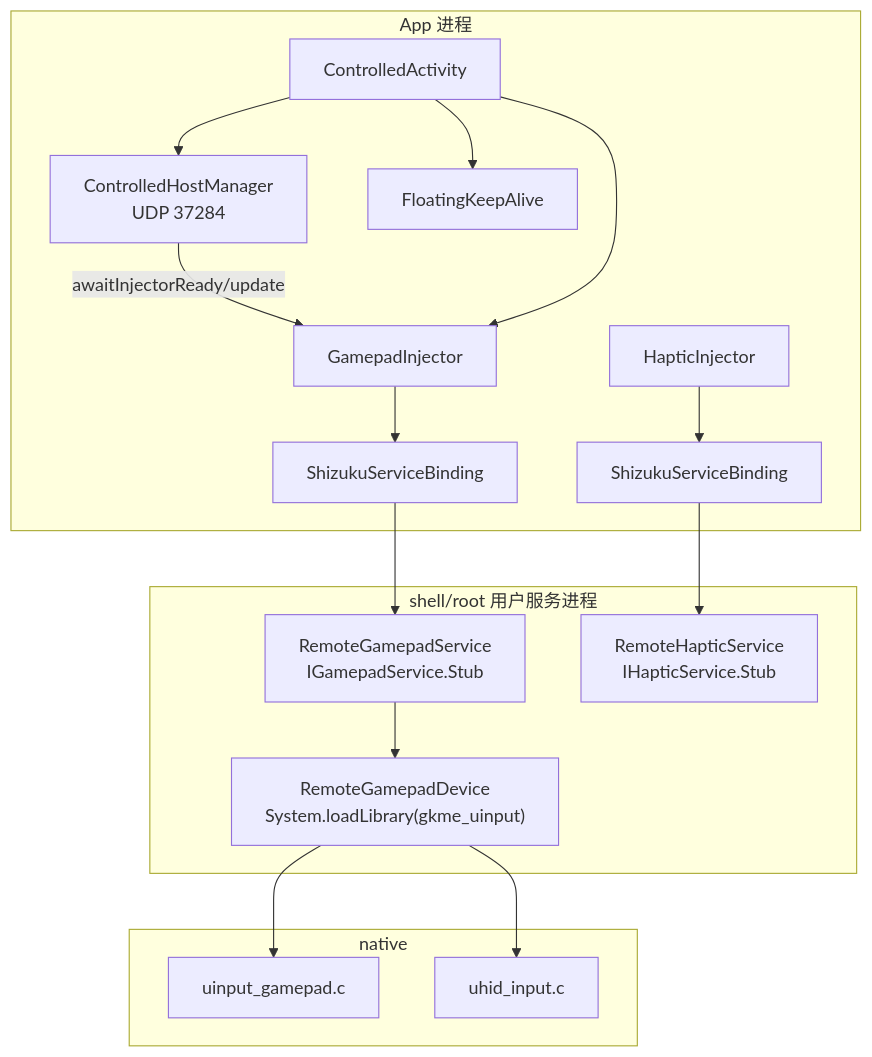
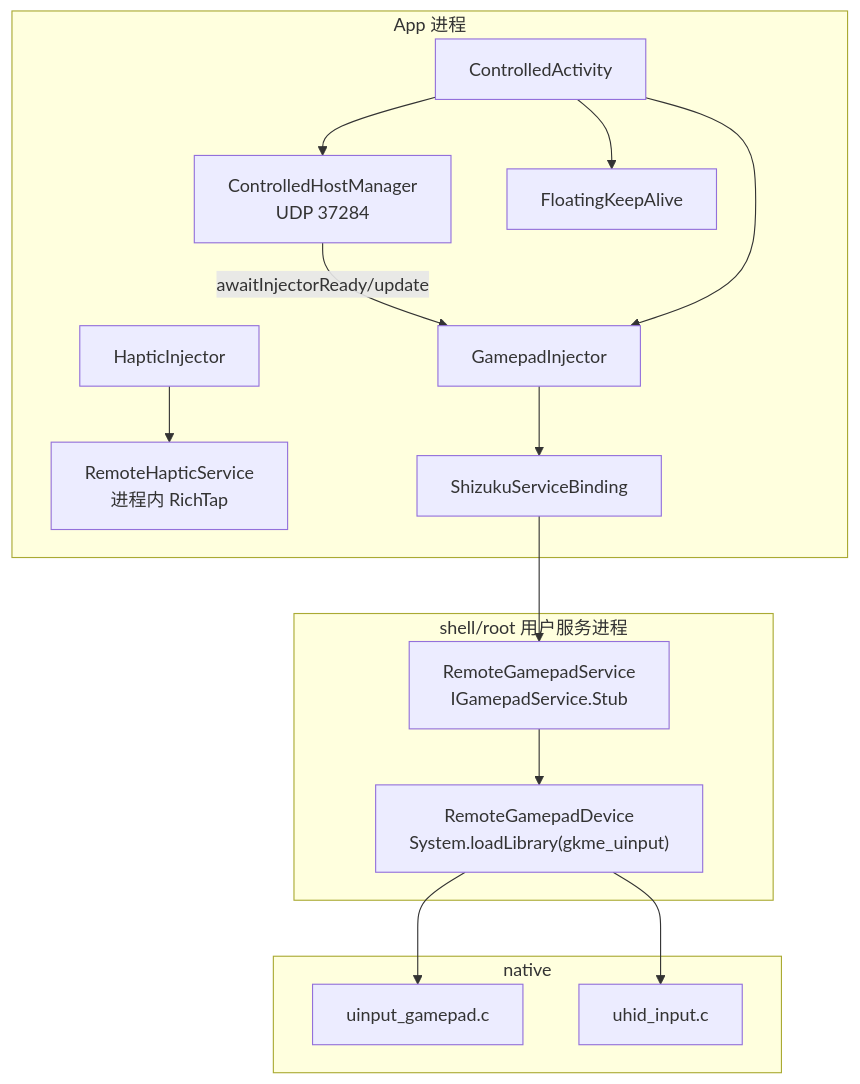
The diagram in docs/controlled-native.md (4zyz4/GKME), drawn with Mermaid before and after one commit. The commit also changed other lines of this file and 9 other files, not shown here.

Commit message:
refactor(haptic): HD 震动移除 Shizuku 授权与回退，仅保留进程内驱动

````diff
--- a/docs/controlled-native.md
+++ b/docs/controlled-native.md
@@ -14,33 +14,32 @@
 ```mermaid
 flowchart TB
     subgraph APP["App 进程"]
         CA["ControlledActivity"]
         CHM["ControlledHostManager<br/>UDP 37284"]
         GI["GamepadInjector"]
         HI["HapticInjector"]
+        RHS["RemoteHapticService<br/>进程内 RichTap"]
         FKA["FloatingKeepAlive"]
         SB1["ShizukuServiceBinding"]
-        SB2["ShizukuServiceBinding"]
     end
 
     subgraph SHELL["shell/root 用户服务进程"]
         RGS["RemoteGamepadService<br/>IGamepadService.Stub"]
-        RHS["RemoteHapticService<br/>IHapticService.Stub"]
         RGD["RemoteGamepadDevice<br/>System.loadLibrary(gkme_uinput)"]
     end
 
     subgraph NATIVE["native"]
         UI["uinput_gamepad.c"]
         UH["uhid_input.c"]
     end
 
     CA --> CHM
     CHM -->|awaitInjectorReady/update| GI
     CA --> GI
     CA --> FKA
     GI --> SB1 --> RGS
-    HI --> SB2 --> RHS
+    HI --> RHS
     RGS --> RGD
     RGD --> UI
     RGD --> UH
 ```
````
